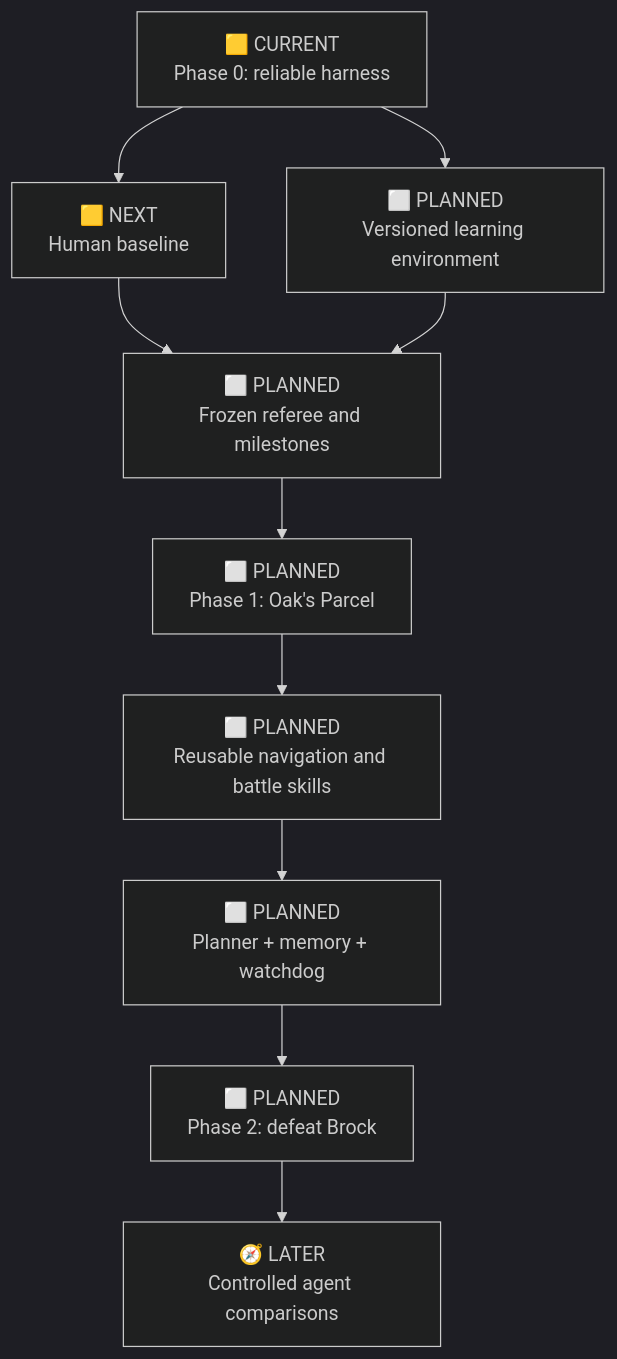
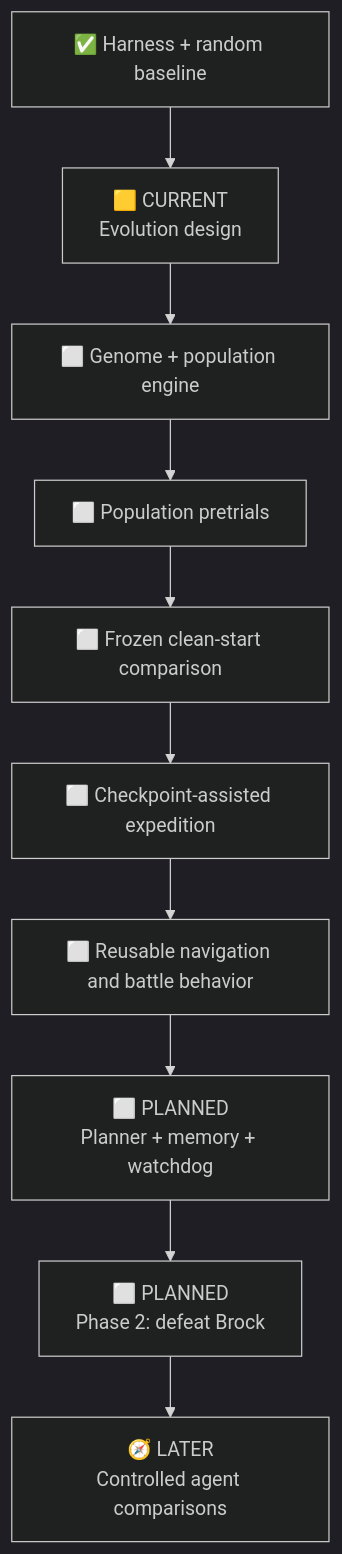
One commit to PeteAndrews1289/pokemon-red-ai changed the diagram in docs/roadmap.md. Above: the diagram before and after it, drawn with Mermaid (dark theme). The commit also changed other lines of this file and 15 other files, not shown here.

Commit message:
Design neuroevolution successor to random baseline

````diff
--- a/docs/roadmap.md
+++ b/docs/roadmap.md
@@ -31,12 +38,12 @@
 ```mermaid
 flowchart TD
-    P0["🟨 CURRENT<br/>Phase 0: reliable harness"] --> B["🟨 NEXT<br/>Human baseline"]
-    P0 --> ENV["⬜ PLANNED<br/>Versioned learning environment"]
-    B --> REF["⬜ PLANNED<br/>Frozen referee and milestones"]
-    ENV --> REF
-    REF --> P1["⬜ PLANNED<br/>Phase 1: Oak's Parcel"]
-    P1 --> SK["⬜ PLANNED<br/>Reusable navigation and battle skills"]
+    P0["✅ Harness + random baseline"] --> EV0["🟨 CURRENT<br/>Evolution design"]
+    EV0 --> EV1["⬜ Genome + population engine"]
+    EV1 --> PRE["⬜ Population pretrials"]
+    PRE --> REF["⬜ Frozen clean-start comparison"]
+    REF --> P1["⬜ Checkpoint-assisted expedition"]
+    P1 --> SK["⬜ Reusable navigation and battle behavior"]
     SK --> HY["⬜ PLANNED<br/>Planner + memory + watchdog"]
     HY --> P2["⬜ PLANNED<br/>Phase 2: defeat Brock"]
     P2 --> AB["🧭 LATER<br/>Controlled agent comparisons"]
 ```
````
